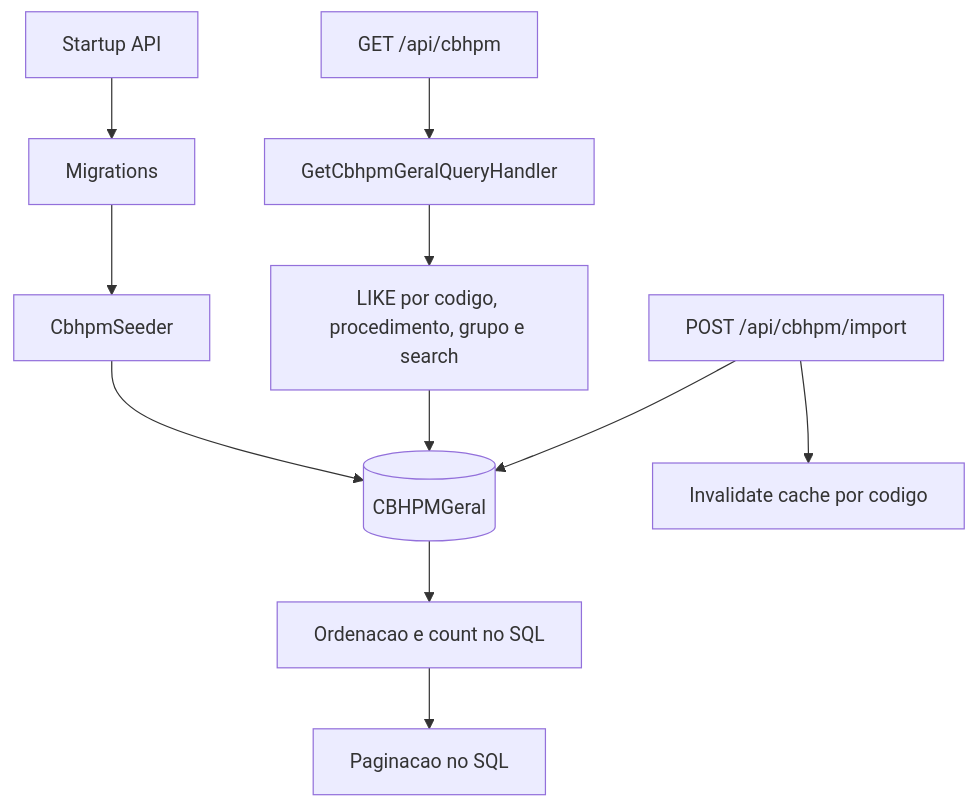
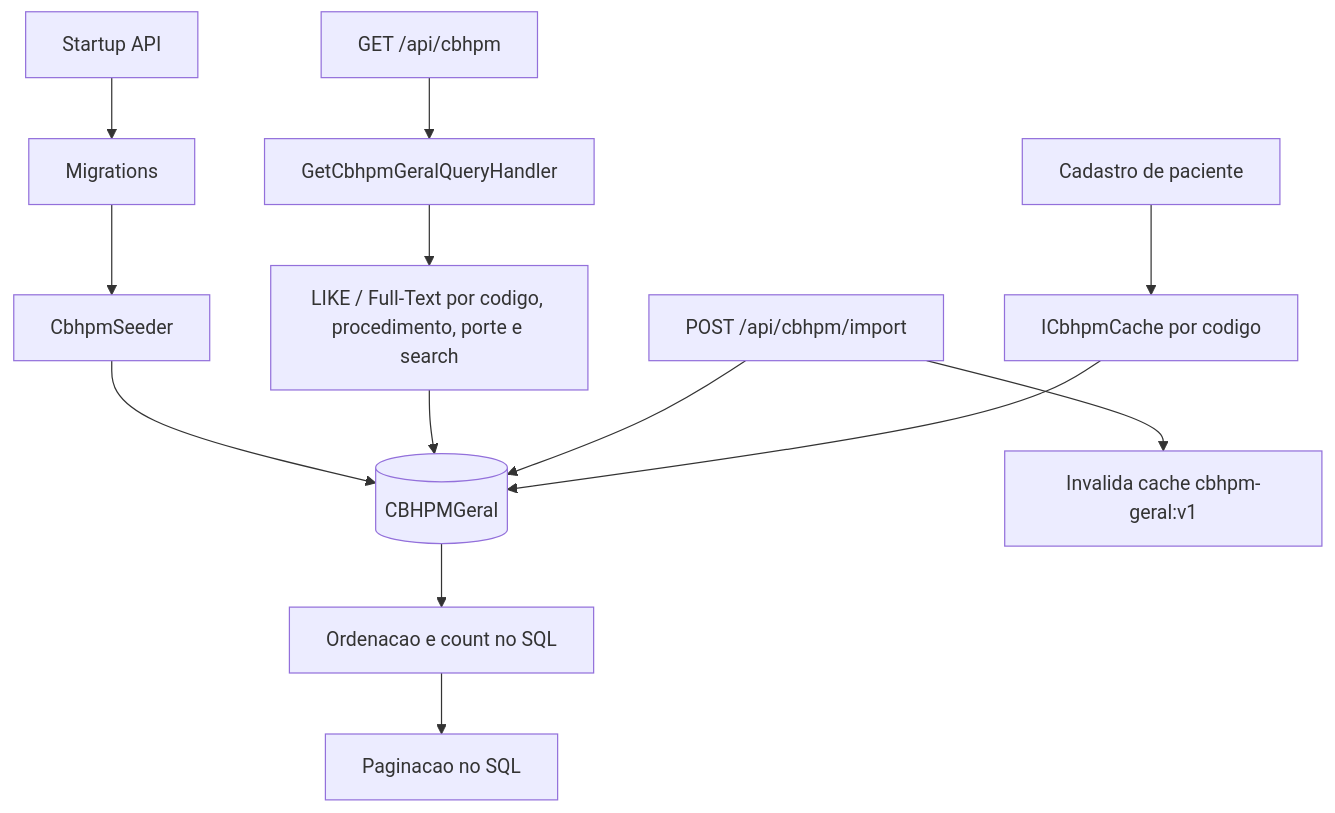
The sixth of 6 diagrams in docs/TECHNICAL_DOCUMENTATION.md (Hemodinks/hemodinks-api), drawn with Mermaid before and after one commit. The commit also changed other lines of this file and 21 other files, not shown here.

````diff
--- a/docs/TECHNICAL_DOCUMENTATION.md
+++ b/docs/TECHNICAL_DOCUMENTATION.md
@@ -204,13 +246,15 @@
 ```mermaid
 flowchart TD
     Startup[Startup API] --> Migration[Migrations]
     Migration --> Seed[CbhpmSeeder]
     Seed --> Table[(CBHPMGeral)]
     Request[GET /api/cbhpm] --> Handler[GetCbhpmGeralQueryHandler]
-    Handler --> Filter[LIKE por codigo, procedimento, grupo e search]
+    Handler --> Filter[LIKE / Full-Text por codigo, procedimento, porte e search]
     Filter --> Table
     Table --> Sort[Ordenacao e count no SQL]
     Sort --> Pagination[Paginacao no SQL]
     Import[POST /api/cbhpm/import] --> Table
-    Import --> Invalidate[Invalidate cache por codigo]
+    Import --> Invalidate[Invalida cache cbhpm-geral:v1]
+    Paciente[Cadastro de paciente] --> Cache[ICbhpmCache por codigo]
+    Cache --> Table
 ```
````
